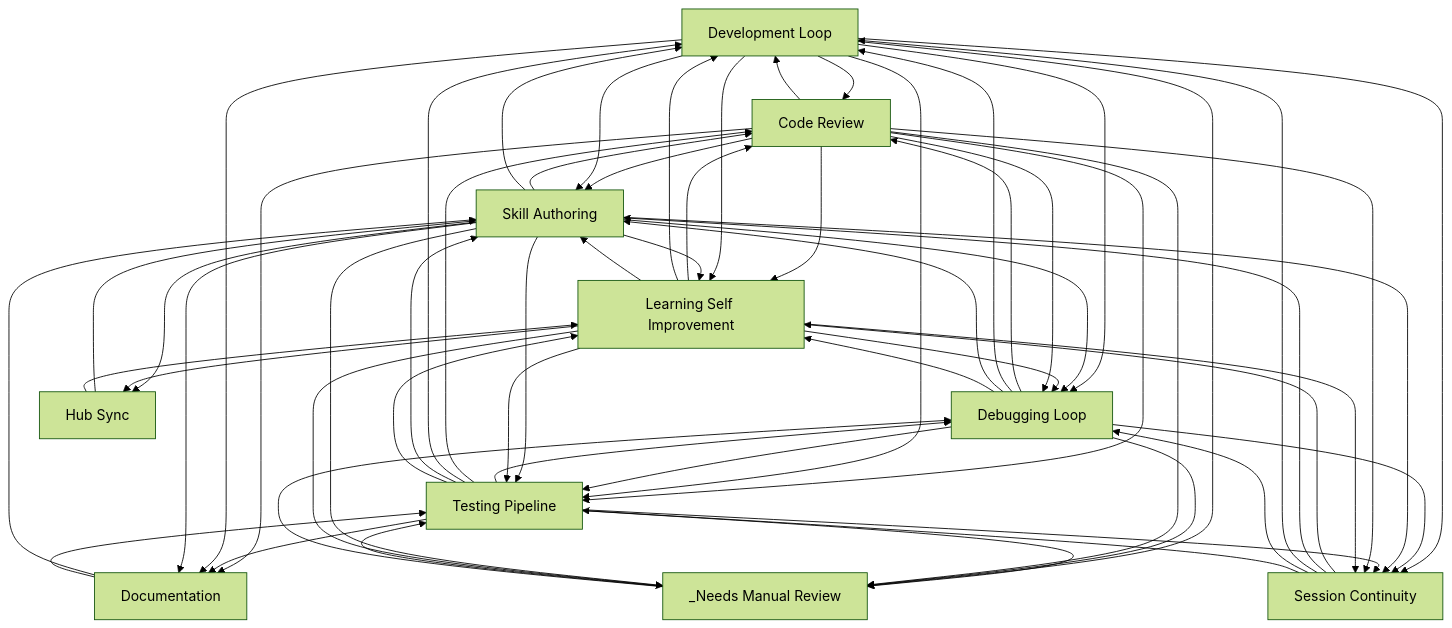
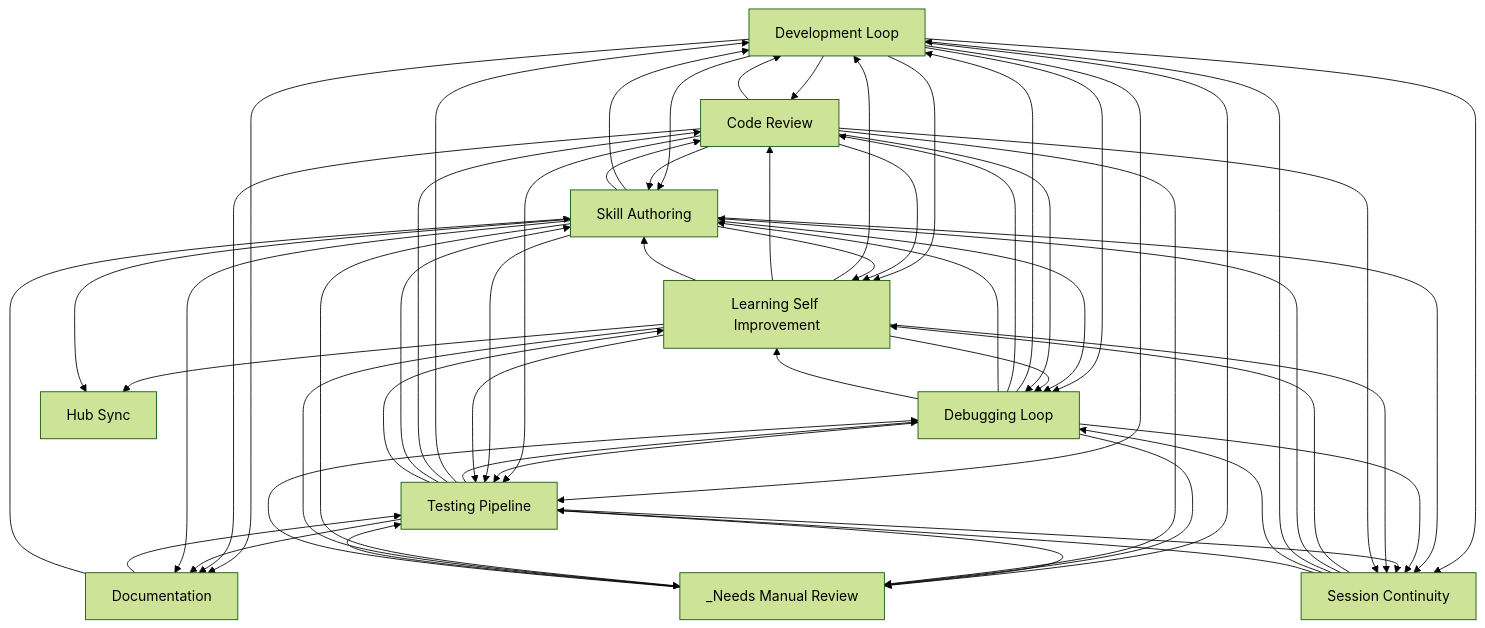
The diagram in docs/workflows/INDEX.md (abhayla/claude-best-practices), drawn with Mermaid (forest theme) before and after one commit. The commit also changed other lines of this file and 13 other files, not shown here.

````diff
--- a/docs/workflows/INDEX.md
+++ b/docs/workflows/INDEX.md
@@ -22,72 +22,70 @@
 ```mermaid
 graph TD
     development_loop[Development Loop]
     testing_pipeline[Testing Pipeline]
     debugging_loop[Debugging Loop]
     learning_self_improvement[Learning Self Improvement]
     session_continuity[Session Continuity]
     skill_authoring[Skill Authoring]
     code_review[Code Review]
     documentation[Documentation]
     hub_sync[Hub Sync]
     _needs_manual_review[_Needs Manual Review]
+    documentation --> testing_pipeline
     documentation --> skill_authoring
-    documentation --> testing_pipeline
-    code_review --> skill_authoring
-    code_review --> development_loop
     development_loop --> code_review
     development_loop --> skill_authoring
+    code_review --> development_loop
+    code_review --> skill_authoring
+    development_loop --> learning_self_improvement
+    development_loop --> testing_pipeline
     code_review --> learning_self_improvement
     code_review --> testing_pipeline
-    development_loop --> learning_self_improvement
-    development_loop --> testing_pipeline
     testing_pipeline --> debugging_loop
+    testing_pipeline --> development_loop
     testing_pipeline --> code_review
-    testing_pipeline --> development_loop
     testing_pipeline --> skill_authoring
+    debugging_loop --> development_loop
     debugging_loop --> code_review
-    debugging_loop --> development_loop
+    debugging_loop --> testing_pipeline
     debugging_loop --> skill_authoring
-    debugging_loop --> testing_pipeline
     development_loop --> debugging_loop
+    skill_authoring --> development_loop
     skill_authoring --> code_review
-    skill_authoring --> development_loop
     skill_authoring --> learning_self_improvement
     skill_authoring --> testing_pipeline
+    development_loop --> _needs_manual_review
     testing_pipeline --> _needs_manual_review
-    development_loop --> _needs_manual_review
+    development_loop --> documentation
     code_review --> documentation
     testing_pipeline --> documentation
-    development_loop --> documentation
     session_continuity --> learning_self_improvement
     development_loop --> session_continuity
     _needs_manual_review --> testing_pipeline
+    skill_authoring --> session_continuity
     debugging_loop --> session_continuity
-    skill_authoring --> session_continuity
     testing_pipeline --> session_continuity
     skill_authoring --> debugging_loop
     _needs_manual_review --> debugging_loop
     debugging_loop --> learning_self_improvement
     testing_pipeline --> learning_self_improvement
     learning_self_improvement --> debugging_loop
+    learning_self_improvement --> development_loop
     learning_self_improvement --> code_review
-    learning_self_improvement --> development_loop
+    learning_self_improvement --> testing_pipeline
     learning_self_improvement --> skill_authoring
-    learning_self_improvement --> testing_pipeline
     code_review --> debugging_loop
     debugging_loop --> _needs_manual_review
     code_review --> _needs_manual_review
     skill_authoring --> _needs_manual_review
+    learning_self_improvement --> session_continuity
     code_review --> session_continuity
-    learning_self_improvement --> session_continuity
     session_continuity --> skill_authoring
     session_continuity --> development_loop
     session_continuity --> debugging_loop
     session_continuity --> testing_pipeline
+    learning_self_improvement --> hub_sync
     skill_authoring --> hub_sync
-    learning_self_improvement --> hub_sync
     learning_self_improvement --> _needs_manual_review
-    hub_sync --> skill_authoring
-    hub_sync --> learning_self_improvement
     skill_authoring --> documentation
 ```
````
